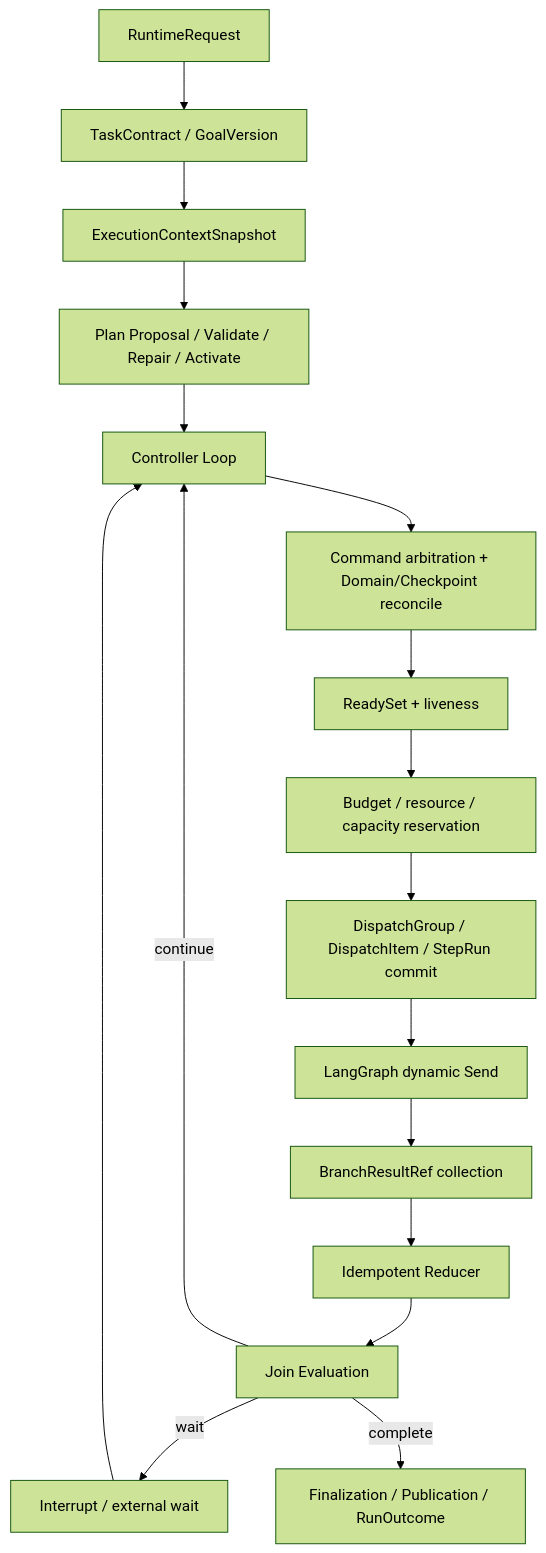
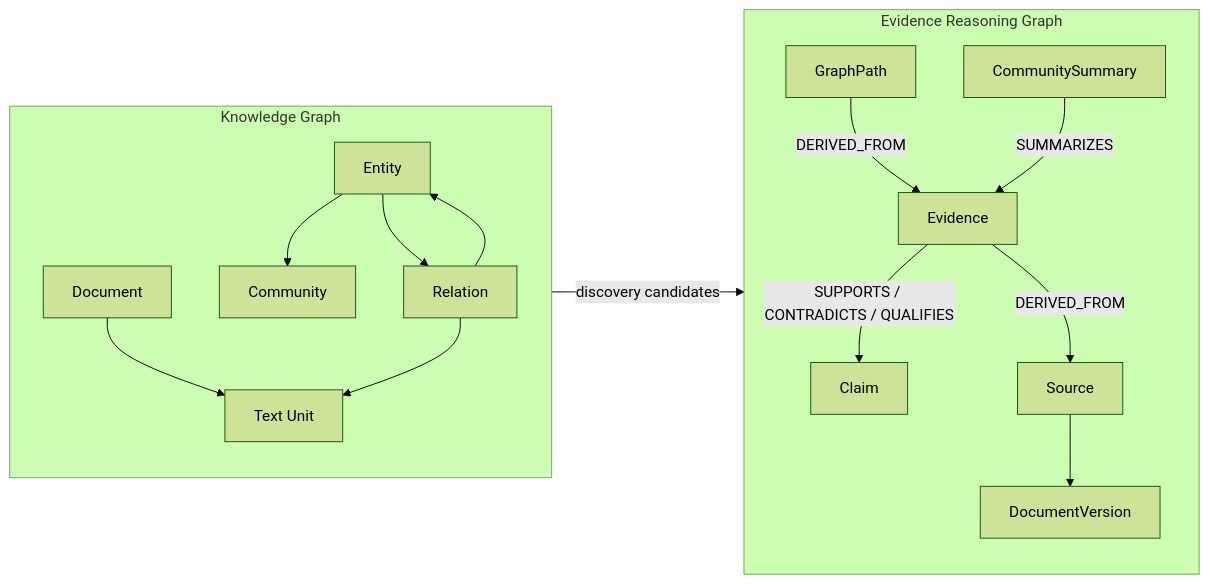
The eighth of 17 diagrams in docs/architecture/architecture-views.md (ProfessorZhi/Zuno), drawn with Mermaid (forest theme) before and after one commit. The commit also changed other lines of this file, not shown here.

Commit message:
docs(architecture): refresh architecture v2 visual atlas [agent=chatgpt model=gpt-5.6-thinking worker=chatgpt-architecture-v2-001]

````diff
--- a/docs/architecture/architecture-views.md
+++ b/docs/architecture/architecture-views.md
@@ -116,19 +227,31 @@
 ```mermaid
-flowchart TB
-  REQ[RuntimeRequest] --> TASK[TaskContract / GoalVersion]
-  TASK --> SNAP[ExecutionContextSnapshot]
-  SNAP --> PLAN[Plan Proposal / Validate / Repair / Activate]
-  PLAN --> CTRL[Controller Loop]
-  CTRL --> ARB[Command arbitration + Domain/Checkpoint reconcile]
-  ARB --> READY[ReadySet + liveness]
-  READY --> RES[Budget / resource / capacity reservation]
-  RES --> COMMIT[DispatchGroup / DispatchItem / StepRun commit]
-  COMMIT --> SEND[LangGraph dynamic Send]
-  SEND --> COLLECT[BranchResultRef collection]
-  COLLECT --> REDUCE[Idempotent Reducer]
-  REDUCE --> JOIN[Join Evaluation]
-  JOIN -->|continue| CTRL
-  JOIN -->|wait| WAIT[Interrupt / external wait]
-  WAIT --> CTRL
-  JOIN -->|complete| FINAL[Finalization / Publication / RunOutcome]
+flowchart LR
+    subgraph KG[Knowledge Graph]
+      E[Entity]
+      R[Relation]
+      C[Community]
+      D[Document]
+      T[Text Unit]
+      E --> R
+      R --> E
+      E --> C
+      D --> T
+      R --> T
+    end
+
+    subgraph ERG[Evidence Reasoning Graph]
+      CL[Claim]
+      EV[Evidence]
+      SO[Source]
+      DV[DocumentVersion]
+      GP[GraphPath]
+      CS[CommunitySummary]
+      EV -->|SUPPORTS / CONTRADICTS / QUALIFIES| CL
+      EV -->|DERIVED_FROM| SO
+      SO --> DV
+      GP -->|DERIVED_FROM| EV
+      CS -->|SUMMARIZES| EV
+    end
+
+    KG -->|discovery candidates| ERG
 ```
````
